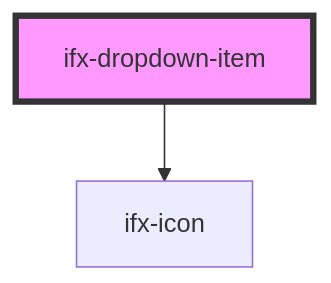
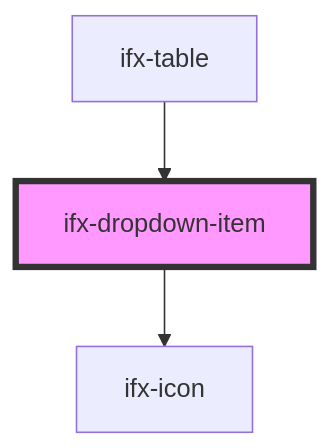
The diagram in packages/components/src/components/dropdown/dropdown-item/readme.md (Infineon/infineon-design-system-stencil), drawn with Mermaid before and after one commit. The commit also changed other lines of this file and 6 other files, not shown here.

````diff
--- a/packages/components/src/components/dropdown/dropdown-item/readme.md
+++ b/packages/components/src/components/dropdown/dropdown-item/readme.md
@@ -32,5 +36,6 @@
 ```mermaid
 graph TD;
   ifx-dropdown-item --> ifx-icon
+  ifx-table --> ifx-dropdown-item
   style ifx-dropdown-item fill:#f9f,stroke:#333,stroke-width:4px
 ```
````
